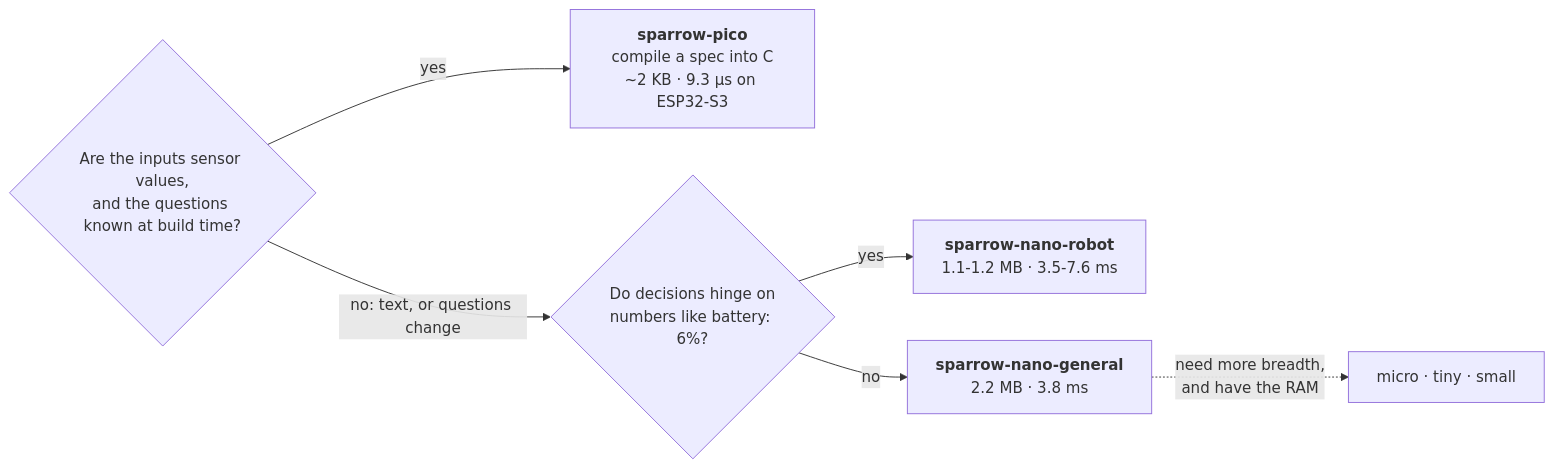
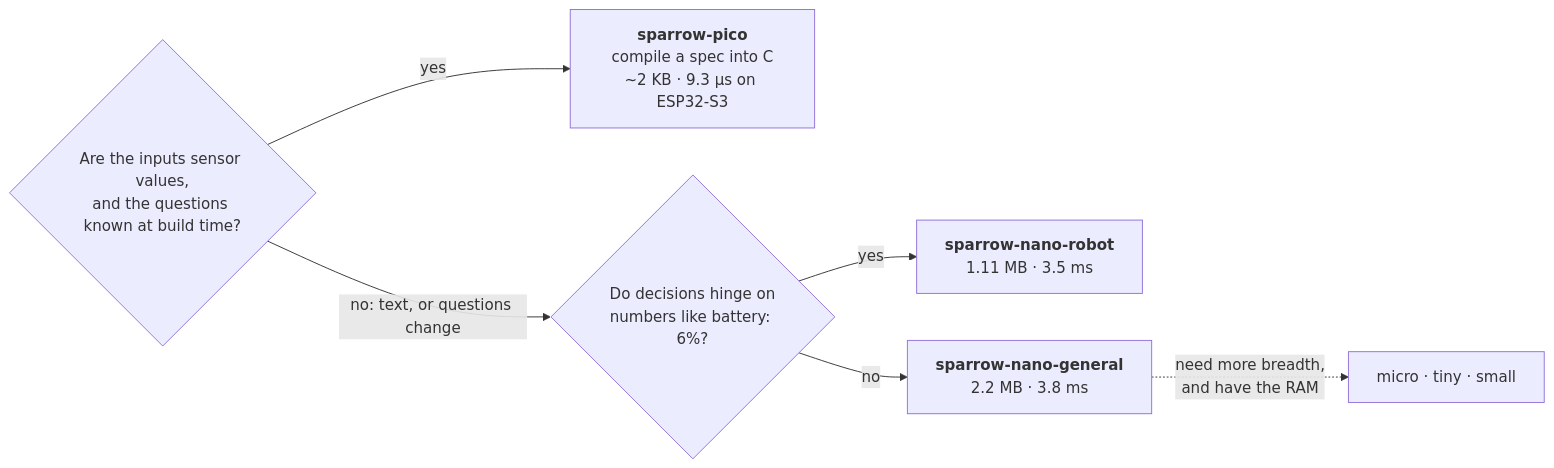
One commit to sparrow-decider/sparrow-decider changed the first of 2 diagrams in README.md. Above: the diagram before and after it, drawn with Mermaid. The commit also changed other lines of this file and 17 other files, not shown here.

First line of the commit message:
Show only the current model lineup; bundle sparrow-nano-robot-v1.2

````diff
--- a/README.md
+++ b/README.md
@@ -94,9 +93,9 @@
 ```mermaid
 flowchart LR
     Q{"Are the inputs sensor values,<br/>and the questions known at build time?"}
     Q -- yes --> P["<b>sparrow-pico</b><br/>compile a spec into C<br/>~2 KB · 9.3 µs on ESP32-S3"]
     Q -- "no: text, or questions change" --> R{"Do decisions hinge on<br/>numbers like battery: 6%?"}
-    R -- yes --> NR["<b>sparrow-nano-robot</b><br/>1.1-1.2 MB · 3.5-7.6 ms"]
+    R -- yes --> NR["<b>sparrow-nano-robot</b><br/>1.11 MB · 3.5 ms"]
     R -- no --> NG["<b>sparrow-nano-general</b><br/>2.2 MB · 3.8 ms"]
     NG -. "need more breadth,<br/>and have the RAM" .-> M["micro · tiny · small"]
 ```
````
